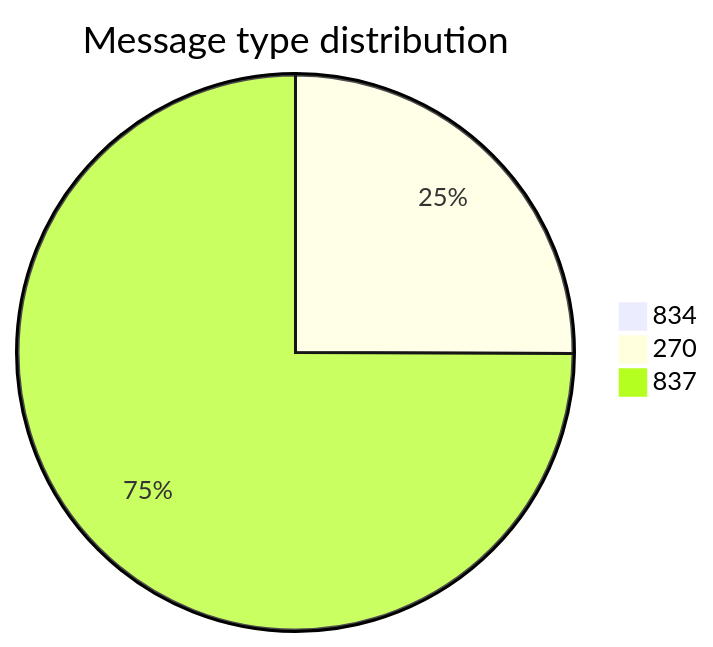
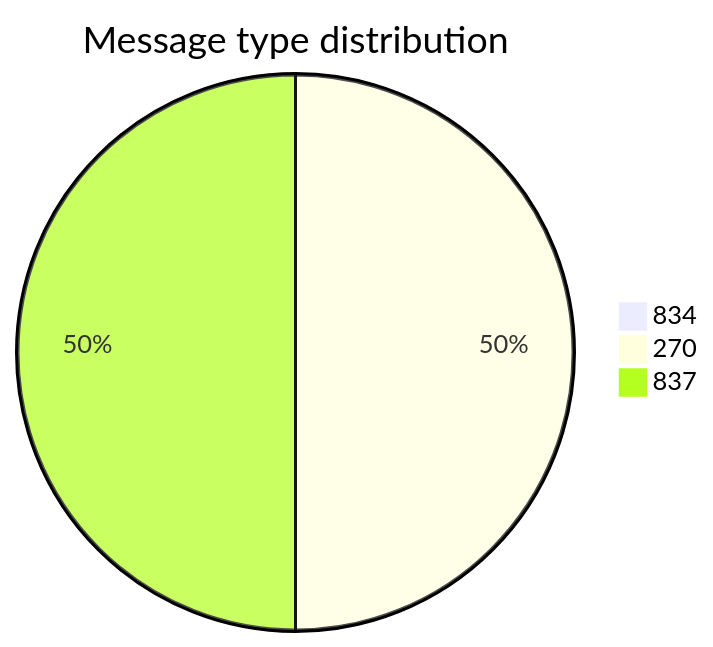
The first of 10 diagrams in test-tools/DataGen/src/Statistics_Visualizer.md (dhagan-va/intern-2025), drawn with Mermaid before and after one commit. The commit also changed other lines of this file and 3 other files, not shown here.

````diff
--- a/test-tools/DataGen/src/Statistics_Visualizer.md
+++ b/test-tools/DataGen/src/Statistics_Visualizer.md
@@ -18,6 +18,6 @@
 ```mermaid
 pie title Message type distribution
     "834" : 0
     "270" : 100
-    "837" : 299
+    "837" : 100
 ```
````
